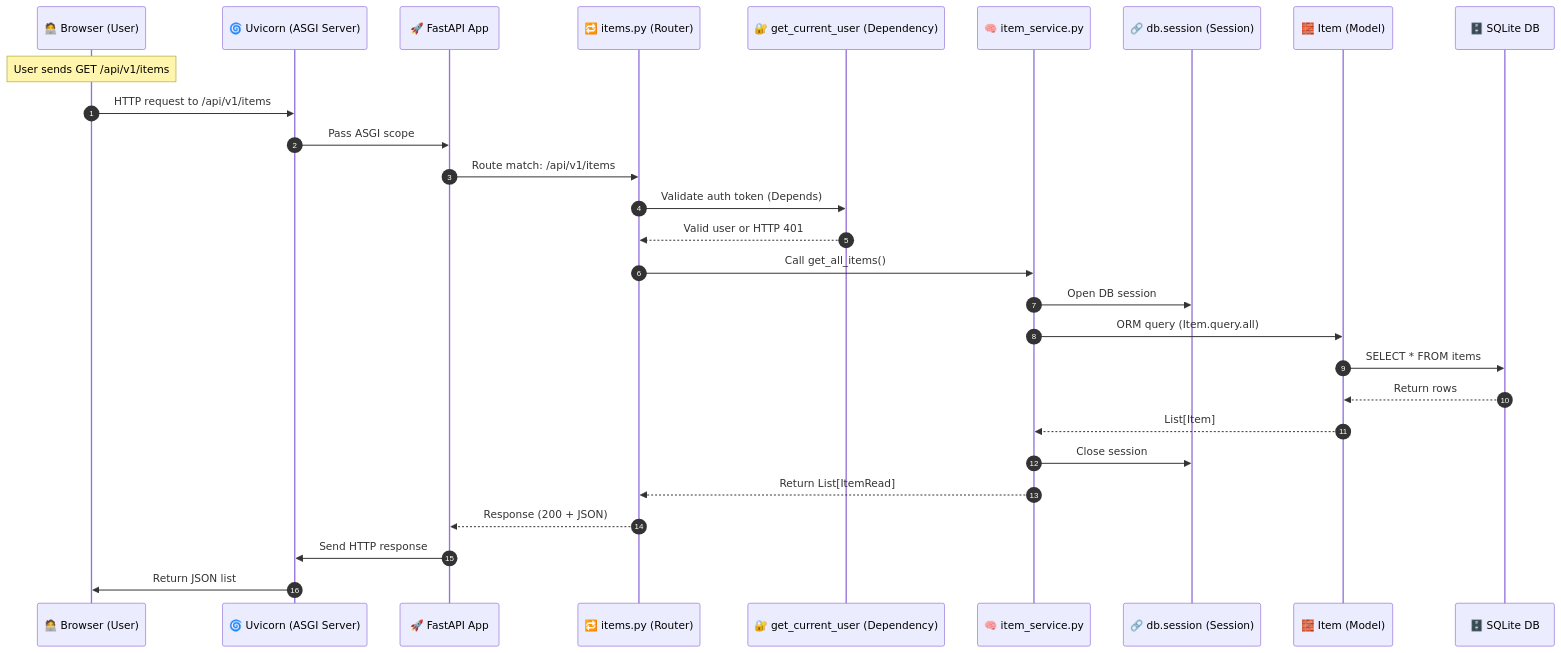
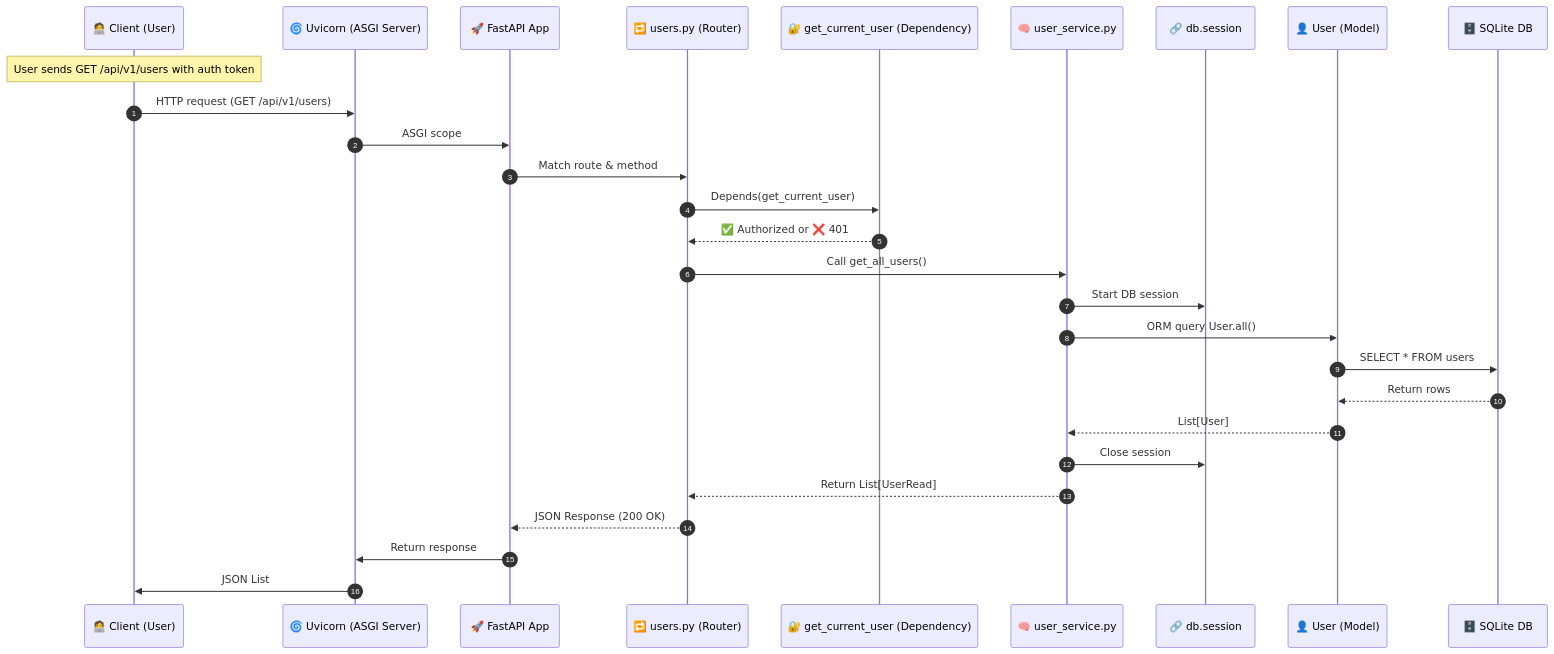
One commit to berserkhmdvhb/fastapi-template-dev changed the second of 2 diagrams in README.md. Above: the diagram before and after it, drawn with Mermaid. The commit also changed other lines of this file, not shown here.

````diff
--- a/README.md
+++ b/README.md
@@ -74,36 +82,36 @@
 ```mermaid
 sequenceDiagram
     autonumber
-    participant Client as 🧑‍💻 Browser (User)
+    participant Client as 🧑‍💻 Client (User)
     participant Uvicorn as 🌀 Uvicorn (ASGI Server)
     participant FastAPI as 🚀 FastAPI App
-    participant Router as 🔁 items.py (Router)
+    participant Router as 🔁 users.py (Router)
     participant Auth as 🔐 get_current_user (Dependency)
-    participant Service as 🧠 item_service.py
-    participant Session as 🔗 db.session (Session)
-    participant Model as 🧱 Item (Model)
-    participant SQLite as 🗄️ SQLite DB
+    participant Service as 🧠 user_service.py
+    participant Session as 🔗 db.session
+    participant Model as 👤 User (Model)
+    participant DB as 🗄️ SQLite DB
 
-    Note over Client: User sends GET /api/v1/items
+    Note over Client: User sends GET /api/v1/users with auth token
 
-    Client->>Uvicorn: HTTP request to /api/v1/items
-    Uvicorn->>FastAPI: Pass ASGI scope
+    Client->>Uvicorn: HTTP request (GET /api/v1/users)
+    Uvicorn->>FastAPI: ASGI scope
 
-    FastAPI->>Router: Route match: /api/v1/items
-    Router->>Auth: Validate auth token (Depends)
-    Auth-->>Router: Valid user or HTTP 401
+    FastAPI->>Router: Match route & method
+    Router->>Auth: Depends(get_current_user)
+    Auth-->>Router: ✅ Authorized or ❌ 401
 
-    Router->>Service: Call get_all_items()
-    Service->>Session: Open DB session
-    Service->>Model: ORM query (Item.query.all)
-    Model->>SQLite: SELECT * FROM items
-    SQLite-->>Model: Return rows
-    Model-->>Service: List[Item]
+    Router->>Service: Call get_all_users()
+    Service->>Session: Start DB session
+    Service->>Model: ORM query User.all()
+    Model->>DB: SELECT * FROM users
+    DB-->>Model: Return rows
+    Model-->>Service: List[User]
 
     Service->>Session: Close session
-    Service-->>Router: Return List[ItemRead]
-    Router-->>FastAPI: Response (200 + JSON)
+    Service-->>Router: Return List[UserRead]
 
-    FastAPI->>Uvicorn: Send HTTP response
-    Uvicorn->>Client: Return JSON list
+    Router-->>FastAPI: JSON Response (200 OK)
+    FastAPI->>Uvicorn: Return response
+    Uvicorn->>Client: JSON List
 ```
````
